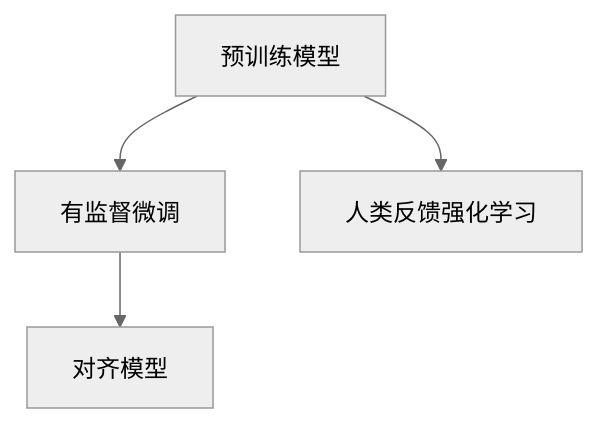
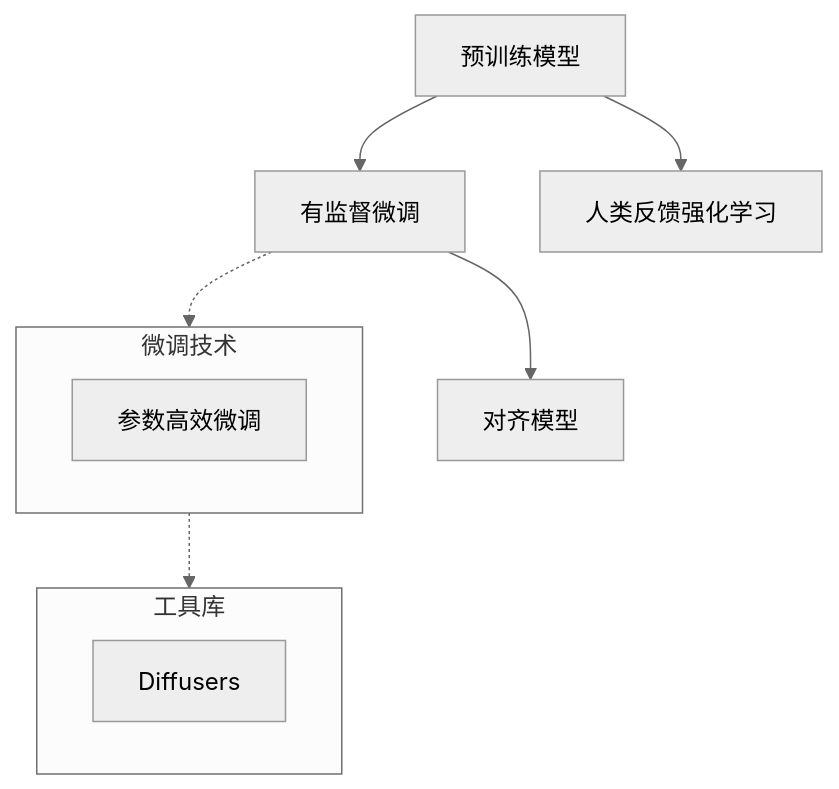
The second of 6 diagrams in docs/AI/llm_graph.md (cruldra/notes3), drawn with Mermaid (neutral theme) before and after one commit. The commit also changed other lines of this file and 2 other files, not shown here.

````diff
--- a/docs/AI/llm_graph.md
+++ b/docs/AI/llm_graph.md
@@ -39,6 +54,17 @@
 ```mermaid
 graph TD
     PretrainedModel[预训练模型] --> SFT[有监督微调]
     PretrainedModel --> RLHF[人类反馈强化学习]
     SFT --> AlignedModel[对齐模型]
+    
+    subgraph Techniques [微调技术]
+        PEFT[参数高效微调]
+    end
+    
+    subgraph Tools [工具库]
+        Diffusers[Diffusers]
+    end
+    
+    SFT -.-> Techniques
+    Techniques -.-> Tools
 ```
````
